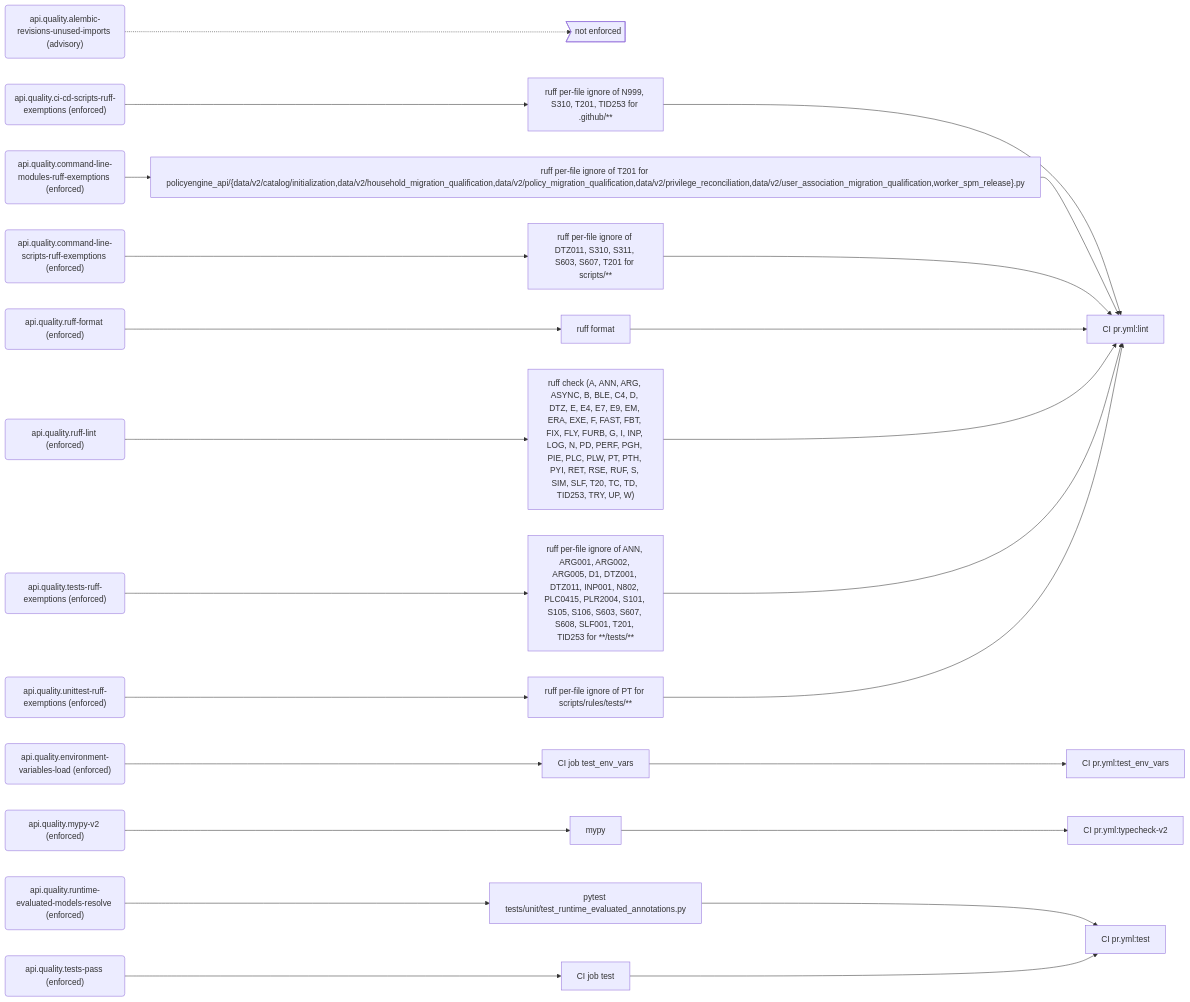
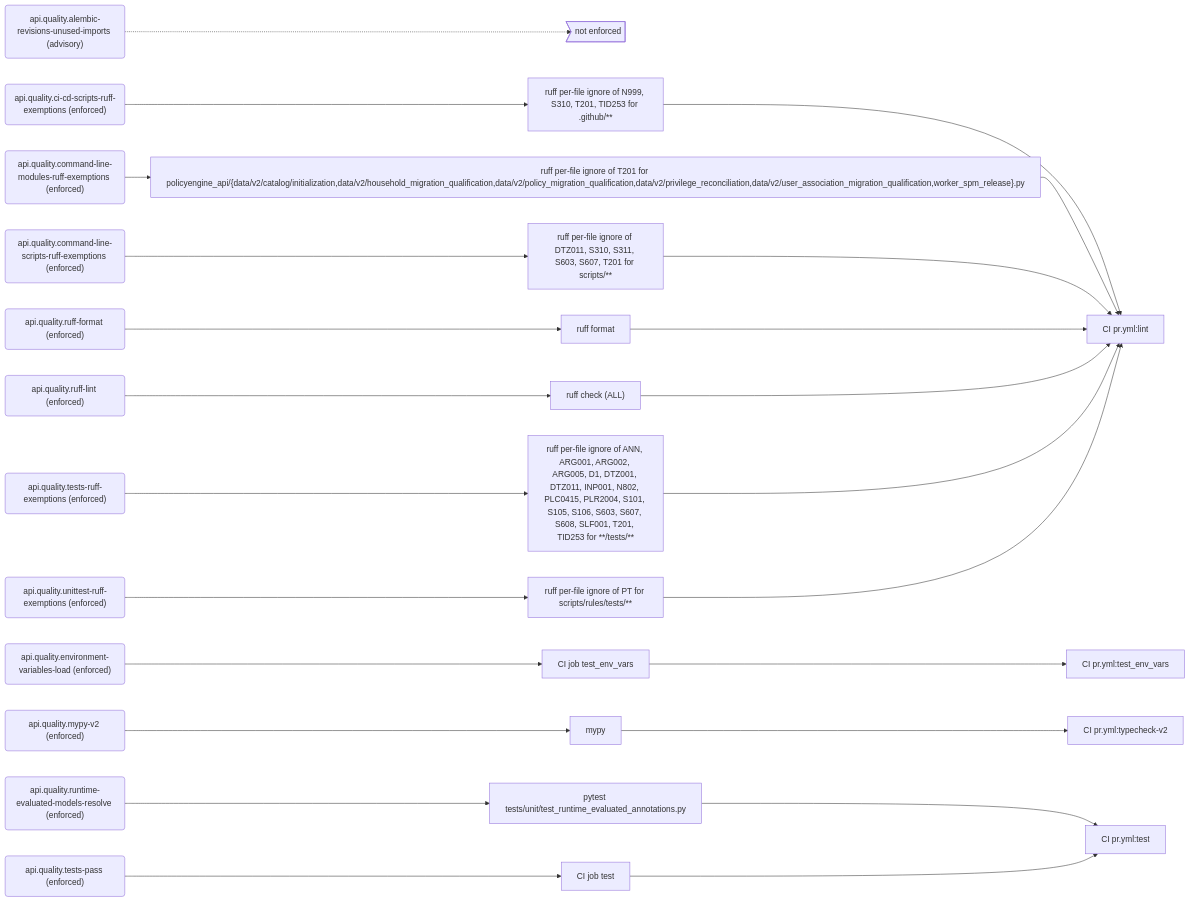
Before and after one commit to PolicyEngine/policyengine-api: the sixth of 9 diagrams in docs/generated/rules.md, drawn with Mermaid. The commit also changed other lines of this file and 4 other files, not shown here.

First line of the commit message:
Select every ruff rule (ALL)

````diff
--- a/docs/generated/rules.md
+++ b/docs/generated/rules.md
@@ -305,54 +305,54 @@
 ```mermaid
 flowchart LR
   r_api_quality_alembic_revisions_unused_imports("api.quality.alembic-revisions-unused-imports (advisory)")
   gap_unenforced>"not enforced"]
   r_api_quality_ci_cd_scripts_ruff_exemptions("api.quality.ci-cd-scripts-ruff-exemptions (enforced)")
   e_ruff_per_file_ignore_of_N999__S310__T201__TID253_for__github___["ruff per-file ignore of N999, S310, T201, TID253 for .github/**"]
   j_CI_pr_yml_lint["CI pr.yml:lint"]
   r_api_quality_command_line_modules_ruff_exemptions("api.quality.command-line-modules-ruff-exemptions (enforced)")
   e_ruff_per_file_ignore_of_T201_for_policyengine_api__data_v2_catalog_initialization_data_v2_household_migration_qualification_data_v2_policy_migration_qualification_data_v2_privilege_reconciliation_data_v2_user_association_migration_qualification_worker_spm_release__py["ruff per-file ignore of T201 for policyengine_api/{data/v2/catalog/initialization,data/v2/household_migration_qualification,data/v2/policy_migration_qualification,data/v2/privilege_reconciliation,data/v2/user_association_migration_qualification,worker_spm_release}.py"]
   r_api_quality_command_line_scripts_ruff_exemptions("api.quality.command-line-scripts-ruff-exemptions (enforced)")
   e_ruff_per_file_ignore_of_DTZ011__S310__S311__S603__S607__T201_for_scripts___["ruff per-file ignore of DTZ011, S310, S311, S603, S607, T201 for scripts/**"]
   r_api_quality_environment_variables_load("api.quality.environment-variables-load (enforced)")
   e_CI_job_test_env_vars["CI job test_env_vars"]
   j_CI_pr_yml_test_env_vars["CI pr.yml:test_env_vars"]
   r_api_quality_mypy_v2("api.quality.mypy-v2 (enforced)")
   e_mypy["mypy"]
   j_CI_pr_yml_typecheck_v2["CI pr.yml:typecheck-v2"]
   r_api_quality_ruff_format("api.quality.ruff-format (enforced)")
   e_ruff_format["ruff format"]
   r_api_quality_ruff_lint("api.quality.ruff-lint (enforced)")
-  e_ruff_check__A__ANN__ARG__ASYNC__B__BLE__C4__D__DTZ__E__E4__E7__E9__EM__ERA__EXE__F__FAST__FBT__FIX__FLY__FURB__G__I__INP__LOG__N__PD__PERF__PGH__PIE__PLC__PLW__PT__PTH__PYI__RET__RSE__RUF__S__SIM__SLF__T20__TC__TD__TID253__TRY__UP__W_["ruff check (A, ANN, ARG, ASYNC, B, BLE, C4, D, DTZ, E, E4, E7, E9, EM, ERA, EXE, F, FAST, FBT, FIX, FLY, FURB, G, I, INP, LOG, N, PD, PERF, PGH, PIE, PLC, PLW, PT, PTH, PYI, RET, RSE, RUF, S, SIM, SLF, T20, TC, TD, TID253, TRY, UP, W)"]
+  e_ruff_check__ALL_["ruff check (ALL)"]
   r_api_quality_runtime_evaluated_models_resolve("api.quality.runtime-evaluated-models-resolve (enforced)")
   e_pytest_tests_unit_test_runtime_evaluated_annotations_py["pytest tests/unit/test_runtime_evaluated_annotations.py"]
   j_CI_pr_yml_test["CI pr.yml:test"]
   r_api_quality_tests_pass("api.quality.tests-pass (enforced)")
   e_CI_job_test["CI job test"]
   r_api_quality_tests_ruff_exemptions("api.quality.tests-ruff-exemptions (enforced)")
   e_ruff_per_file_ignore_of_ANN__ARG001__ARG002__ARG005__D1__DTZ001__DTZ011__INP001__N802__PLC0415__PLR2004__S101__S105__S106__S603__S607__S608__SLF001__T201__TID253_for____tests___["ruff per-file ignore of ANN, ARG001, ARG002, ARG005, D1, DTZ001, DTZ011, INP001, N802, PLC0415, PLR2004, S101, S105, S106, S603, S607, S608, SLF001, T201, TID253 for **/tests/**"]
   r_api_quality_unittest_ruff_exemptions("api.quality.unittest-ruff-exemptions (enforced)")
   e_ruff_per_file_ignore_of_PT_for_scripts_rules_tests___["ruff per-file ignore of PT for scripts/rules/tests/**"]
   r_api_quality_alembic_revisions_unused_imports -.-> gap_unenforced
   r_api_quality_ci_cd_scripts_ruff_exemptions --> e_ruff_per_file_ignore_of_N999__S310__T201__TID253_for__github___
   e_ruff_per_file_ignore_of_N999__S310__T201__TID253_for__github___ --> j_CI_pr_yml_lint
   r_api_quality_command_line_modules_ruff_exemptions --> e_ruff_per_file_ignore_of_T201_for_policyengine_api__data_v2_catalog_initialization_data_v2_household_migration_qualification_data_v2_policy_migration_qualification_data_v2_privilege_reconciliation_data_v2_user_association_migration_qualification_worker_spm_release__py
   e_ruff_per_file_ignore_of_T201_for_policyengine_api__data_v2_catalog_initialization_data_v2_household_migration_qualification_data_v2_policy_migration_qualification_data_v2_privilege_reconciliation_data_v2_user_association_migration_qualification_worker_spm_release__py --> j_CI_pr_yml_lint
   r_api_quality_command_line_scripts_ruff_exemptions --> e_ruff_per_file_ignore_of_DTZ011__S310__S311__S603__S607__T201_for_scripts___
   e_ruff_per_file_ignore_of_DTZ011__S310__S311__S603__S607__T201_for_scripts___ --> j_CI_pr_yml_lint
   r_api_quality_environment_variables_load --> e_CI_job_test_env_vars
   e_CI_job_test_env_vars --> j_CI_pr_yml_test_env_vars
   r_api_quality_mypy_v2 --> e_mypy
   e_mypy --> j_CI_pr_yml_typecheck_v2
   r_api_quality_ruff_format --> e_ruff_format
   e_ruff_format --> j_CI_pr_yml_lint
-  r_api_quality_ruff_lint --> e_ruff_check__A__ANN__ARG__ASYNC__B__BLE__C4__D__DTZ__E__E4__E7__E9__EM__ERA__EXE__F__FAST__FBT__FIX__FLY__FURB__G__I__INP__LOG__N__PD__PERF__PGH__PIE__PLC__PLW__PT__PTH__PYI__RET__RSE__RUF__S__SIM__SLF__T20__TC__TD__TID253__TRY__UP__W_
-  e_ruff_check__A__ANN__ARG__ASYNC__B__BLE__C4__D__DTZ__E__E4__E7__E9__EM__ERA__EXE__F__FAST__FBT__FIX__FLY__FURB__G__I__INP__LOG__N__PD__PERF__PGH__PIE__PLC__PLW__PT__PTH__PYI__RET__RSE__RUF__S__SIM__SLF__T20__TC__TD__TID253__TRY__UP__W_ --> j_CI_pr_yml_lint
+  r_api_quality_ruff_lint --> e_ruff_check__ALL_
+  e_ruff_check__ALL_ --> j_CI_pr_yml_lint
   r_api_quality_runtime_evaluated_models_resolve --> e_pytest_tests_unit_test_runtime_evaluated_annotations_py
   e_pytest_tests_unit_test_runtime_evaluated_annotations_py --> j_CI_pr_yml_test
   r_api_quality_tests_pass --> e_CI_job_test
   e_CI_job_test --> j_CI_pr_yml_test
   r_api_quality_tests_ruff_exemptions --> e_ruff_per_file_ignore_of_ANN__ARG001__ARG002__ARG005__D1__DTZ001__DTZ011__INP001__N802__PLC0415__PLR2004__S101__S105__S106__S603__S607__S608__SLF001__T201__TID253_for____tests___
   e_ruff_per_file_ignore_of_ANN__ARG001__ARG002__ARG005__D1__DTZ001__DTZ011__INP001__N802__PLC0415__PLR2004__S101__S105__S106__S603__S607__S608__SLF001__T201__TID253_for____tests___ --> j_CI_pr_yml_lint
   r_api_quality_unittest_ruff_exemptions --> e_ruff_per_file_ignore_of_PT_for_scripts_rules_tests___
   e_ruff_per_file_ignore_of_PT_for_scripts_rules_tests___ --> j_CI_pr_yml_lint
 ```
````
